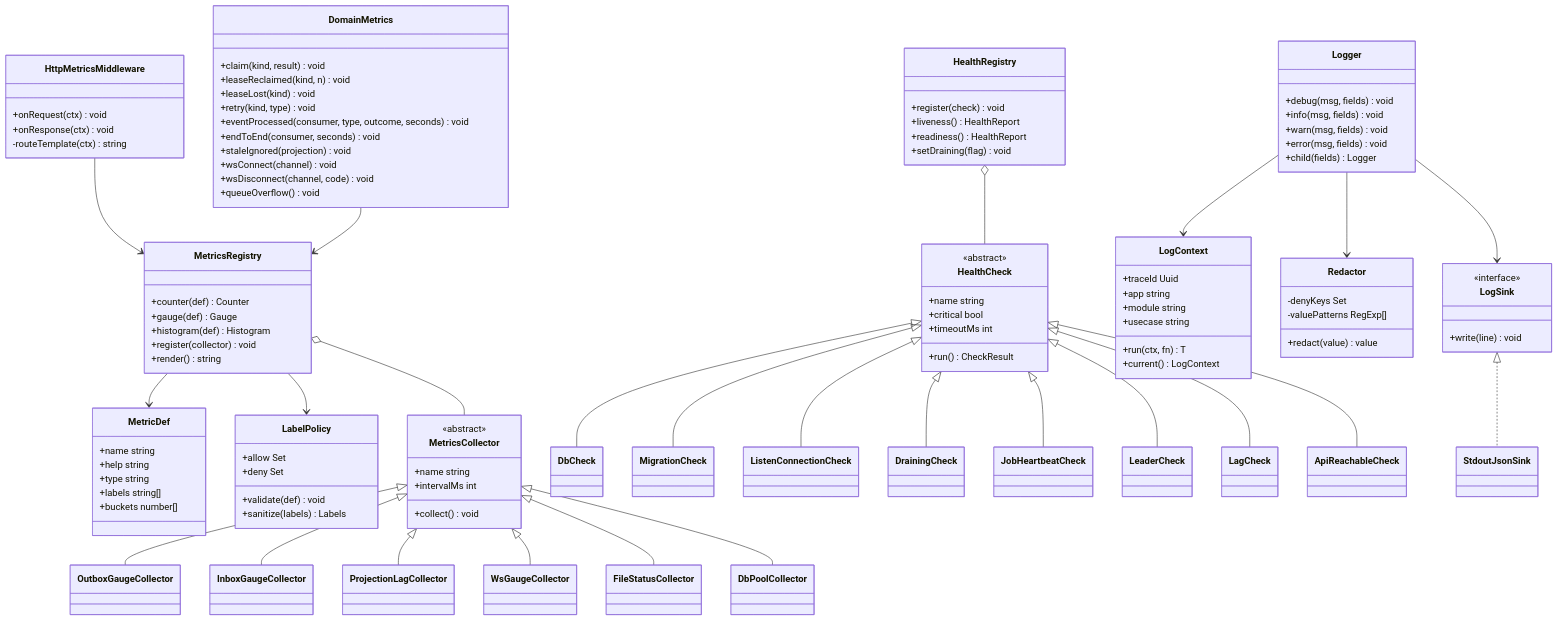
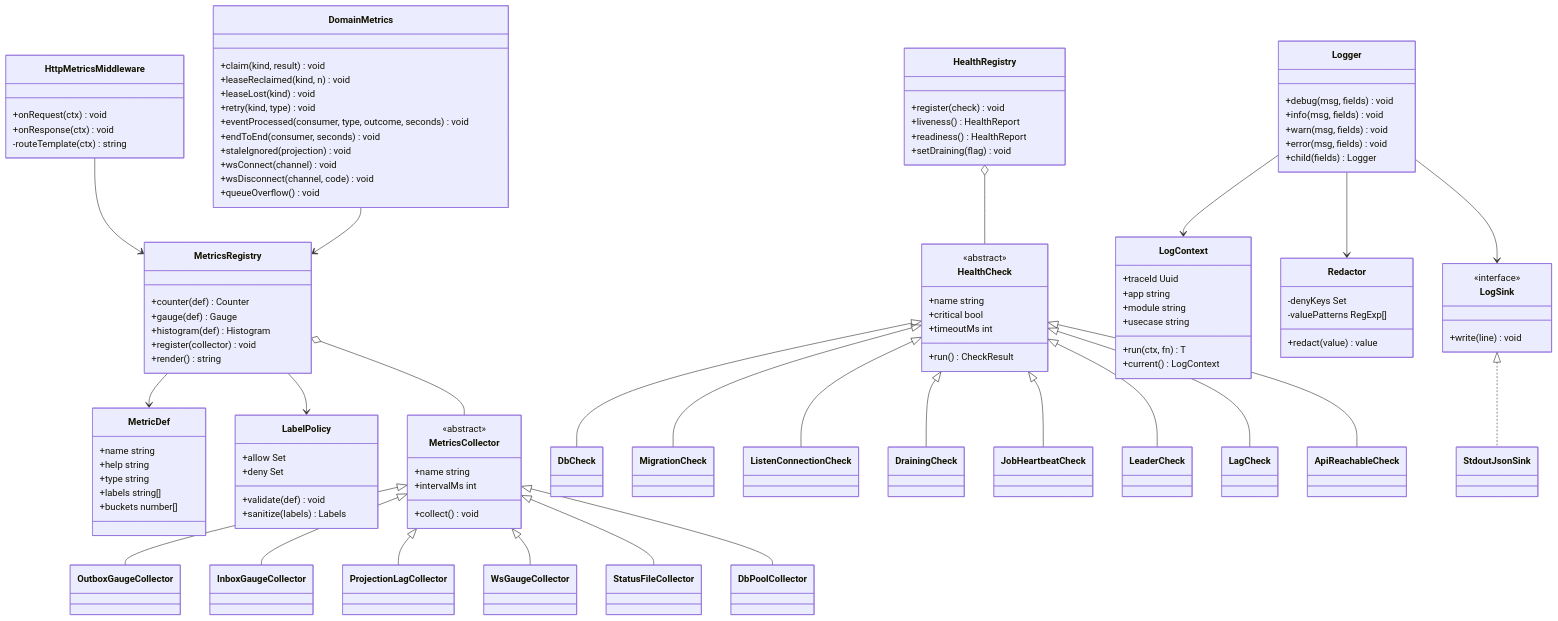
The third of 42 diagrams in docs/design/features/17-ops-observability.md (1985jwlee/portpolio_backend), drawn with Mermaid before and after one commit. The commit also changed other lines of this file and 18 other files, not shown here.

```diff
--- a/docs/design/features/17-ops-observability.md
+++ b/docs/design/features/17-ops-observability.md
@@ -162,7 +165,7 @@
     class InboxGaugeCollector
     class ProjectionLagCollector
     class WsGaugeCollector
-    class FileStatusCollector
+    class StatusFileCollector
     class DbPoolCollector
     class HttpMetricsMiddleware {
         +onRequest(ctx) void
@@ -235,7 +238,7 @@
     MetricsCollector <|-- InboxGaugeCollector
     MetricsCollector <|-- ProjectionLagCollector
     MetricsCollector <|-- WsGaugeCollector
-    MetricsCollector <|-- FileStatusCollector
+    MetricsCollector <|-- StatusFileCollector
     MetricsCollector <|-- DbPoolCollector
     HttpMetricsMiddleware --> MetricsRegistry
     DomainMetrics --> MetricsRegistry
```
